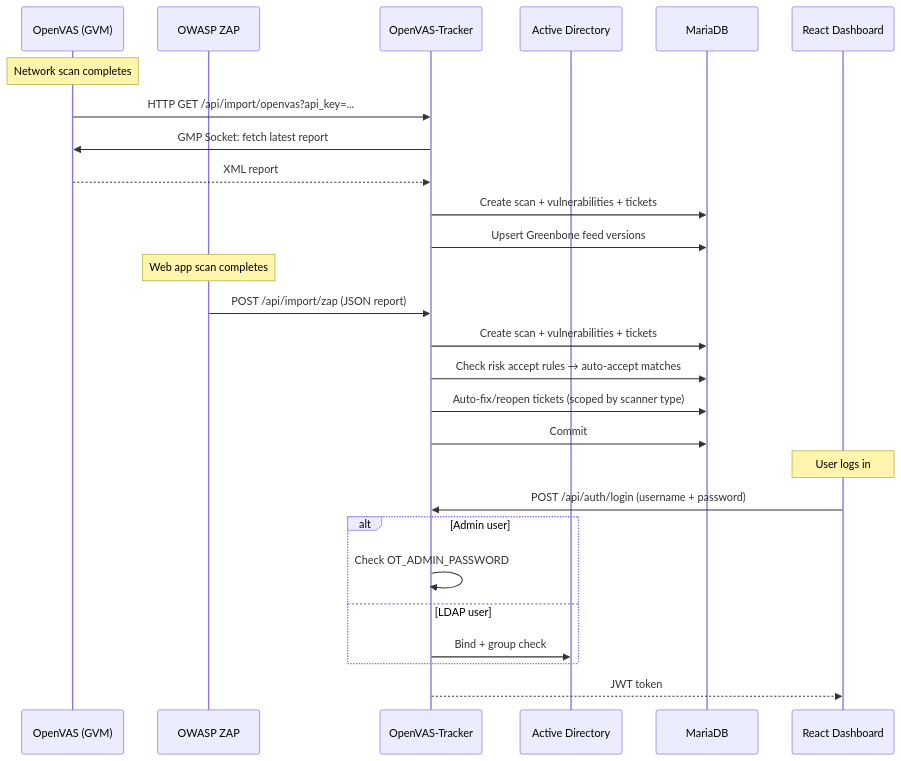
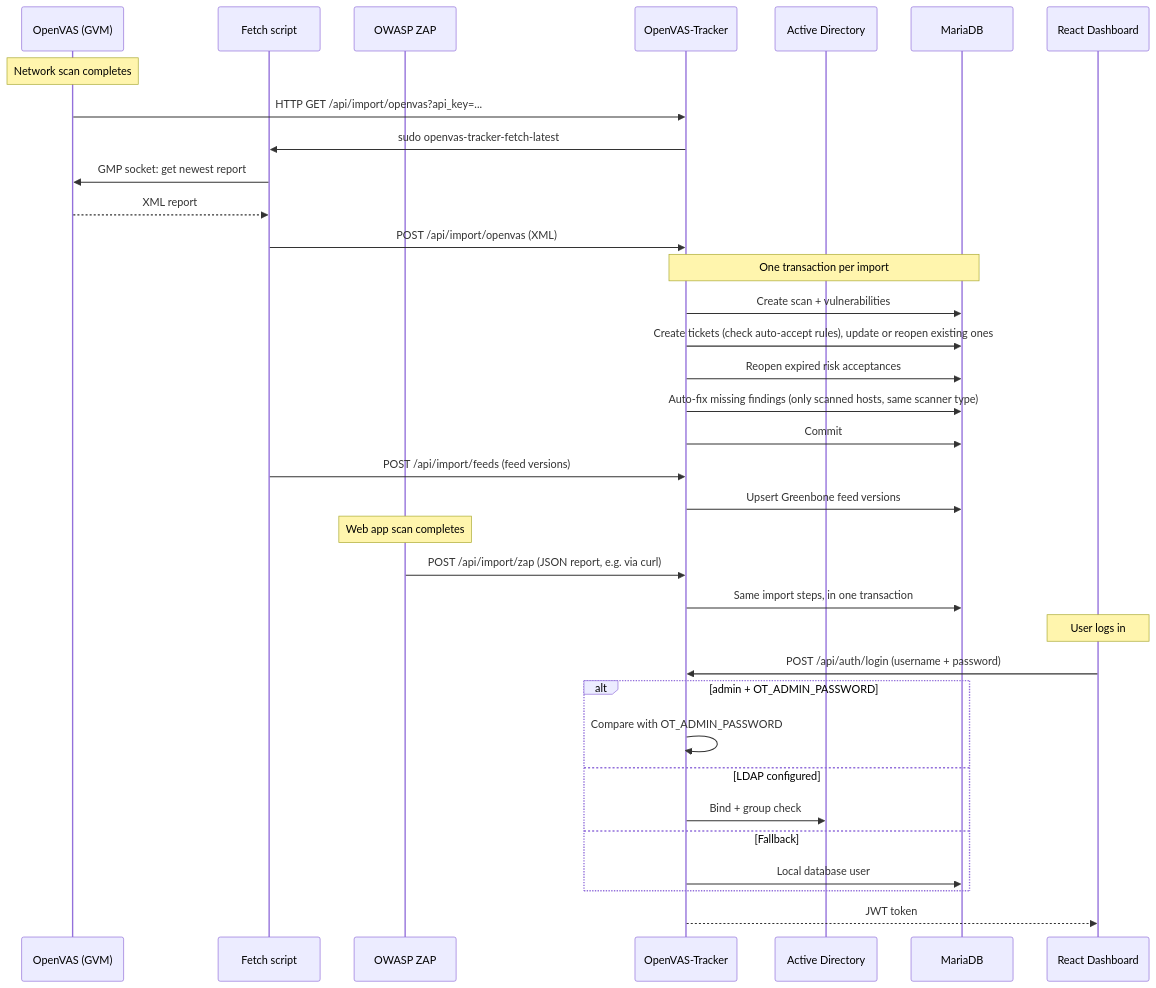
One commit to trcyberoptic/openvas-tracker changed the diagram in README.md. Above: the diagram before and after it, drawn with Mermaid. The commit also changed other lines of this file, not shown here.

````diff
--- a/README.md
+++ b/README.md
@@ -45,33 +45,40 @@
 ```mermaid
 sequenceDiagram
     participant OV as OpenVAS (GVM)
+    participant FS as Fetch script
     participant ZAP as OWASP ZAP
     participant TR as OpenVAS-Tracker
     participant AD as Active Directory
     participant DB as MariaDB
     participant UI as React Dashboard
 
     Note over OV: Network scan completes
     OV->>TR: HTTP GET /api/import/openvas?api_key=...
-    TR->>OV: GMP Socket: fetch latest report
-    OV-->>TR: XML report
-    TR->>DB: Create scan + vulnerabilities + tickets
+    TR->>FS: sudo openvas-tracker-fetch-latest
+    FS->>OV: GMP socket: get newest report
+    OV-->>FS: XML report
+    FS->>TR: POST /api/import/openvas (XML)
+    Note over TR,DB: One transaction per import
+    TR->>DB: Create scan + vulnerabilities
+    TR->>DB: Create tickets (check auto-accept rules), update or reopen existing ones
+    TR->>DB: Reopen expired risk acceptances
+    TR->>DB: Auto-fix missing findings (only scanned hosts, same scanner type)
+    TR->>DB: Commit
+    FS->>TR: POST /api/import/feeds (feed versions)
     TR->>DB: Upsert Greenbone feed versions
 
     Note over ZAP: Web app scan completes
-    ZAP->>TR: POST /api/import/zap (JSON report)
-    TR->>DB: Create scan + vulnerabilities + tickets
-
-    TR->>DB: Check risk accept rules → auto-accept matches
-    TR->>DB: Auto-fix/reopen tickets (scoped by scanner type)
-    TR->>DB: Commit
+    ZAP->>TR: POST /api/import/zap (JSON report, e.g. via curl)
+    TR->>DB: Same import steps, in one transaction
 
     Note over UI: User logs in
     UI->>TR: POST /api/auth/login (username + password)
-    alt Admin user
-        TR->>TR: Check OT_ADMIN_PASSWORD
-    else LDAP user
+    alt admin + OT_ADMIN_PASSWORD
+        TR->>TR: Compare with OT_ADMIN_PASSWORD
+    else LDAP configured
         TR->>AD: Bind + group check
+    else Fallback
+        TR->>DB: Local database user
     end
     TR-->>UI: JWT token
 ```
````
